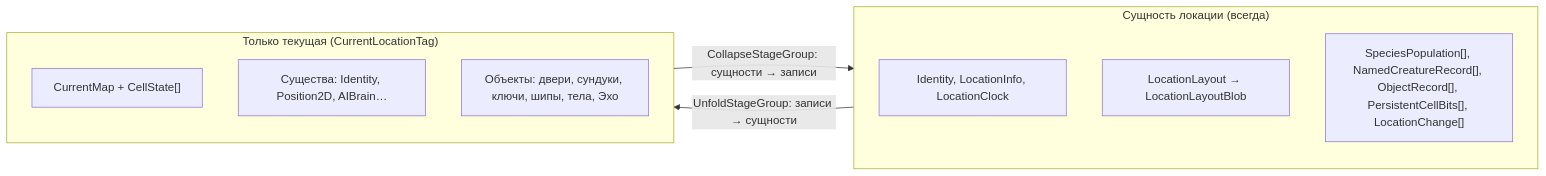
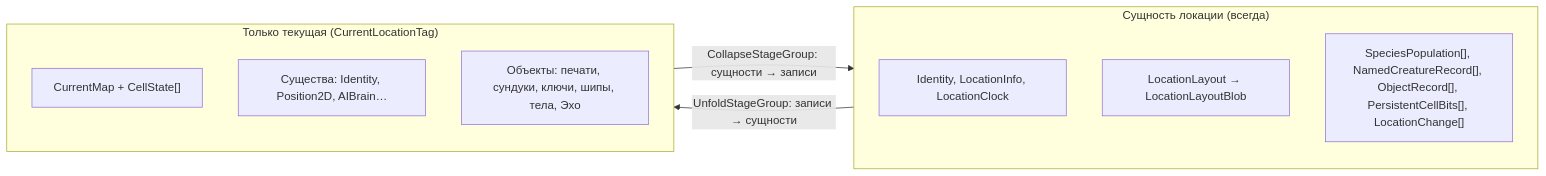
Before and after one commit to ArtesiaDev/Rise-to-Panteon: the first of 3 diagrams in Docs/Tech/Architecture/Simulation.md, drawn with Mermaid. The commit also changed other lines of this file and 78 other files, not shown here.

````diff
--- a/Docs/Tech/Architecture/Simulation.md
+++ b/Docs/Tech/Architecture/Simulation.md
@@ -205,15 +206,15 @@
 ```mermaid
 flowchart LR
     subgraph LOC["Сущность локации (всегда)"]
         I["Identity, LocationInfo, LocationClock"]
         L["LocationLayout → LocationLayoutBlob"]
         P["SpeciesPopulation[], NamedCreatureRecord[], ObjectRecord[], PersistentCellBits[], LocationChange[]"]
     end
     subgraph UNF["Только текущая (CurrentLocationTag)"]
         M["CurrentMap + CellState[]"]
         CR["Существа: Identity, Position2D, AIBrain…"]
-        OB["Объекты: двери, сундуки, ключи, шипы, тела, Эхо"]
+        OB["Объекты: печати, сундуки, ключи, шипы, тела, Эхо"]
     end
     LOC -- "UnfoldStageGroup: записи → сущности" --> UNF
     UNF -- "CollapseStageGroup: сущности → записи" --> LOC
 ```
````
